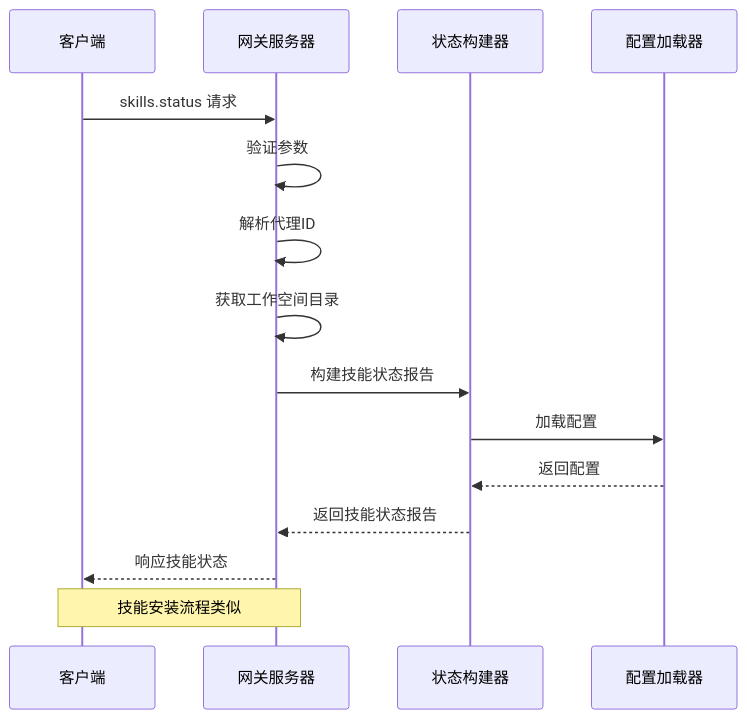
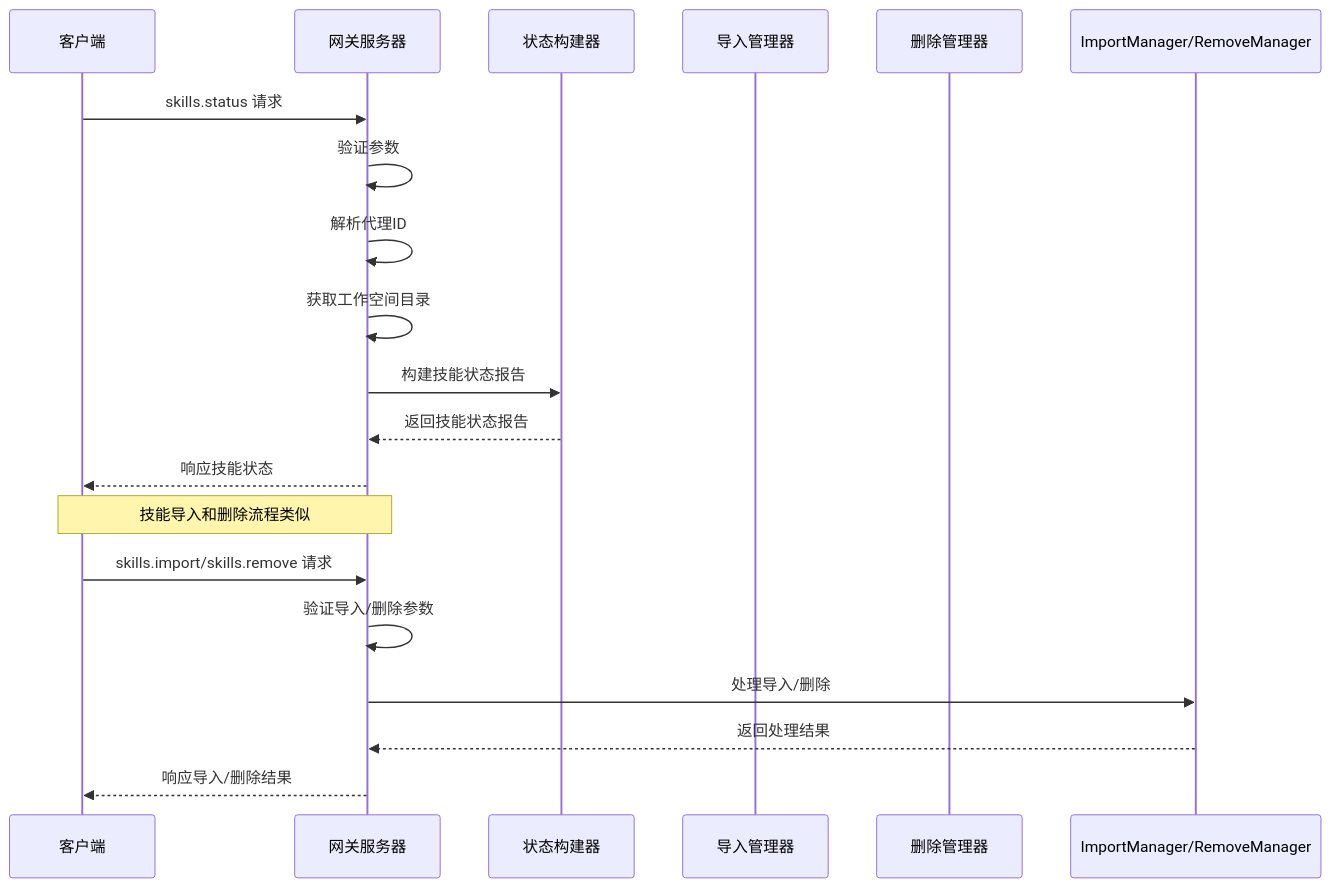
The fifth of 12 diagrams in .qoder/repowiki/zh/content/Web界面/UI组件系统/技能状态管理.md (verse-ai-org/openclaw), drawn with Mermaid before and after one commit. The commit also changed other lines of this file and 33 other files, not shown here.

````diff
--- a/.qoder/repowiki/zh/content/Web界面/UI组件系统/技能状态管理.md
+++ b/.qoder/repowiki/zh/content/Web界面/UI组件系统/技能状态管理.md
@@ -219,17 +276,21 @@
 ```mermaid
 sequenceDiagram
 participant Client as 客户端
 participant Gateway as 网关服务器
 participant StatusBuilder as 状态构建器
-participant ConfigLoader as 配置加载器
+participant ImportManager as 导入管理器
+participant RemoveManager as 删除管理器
 Client->>Gateway : skills.status 请求
 Gateway->>Gateway : 验证参数
 Gateway->>Gateway : 解析代理ID
 Gateway->>Gateway : 获取工作空间目录
 Gateway->>StatusBuilder : 构建技能状态报告
-StatusBuilder->>ConfigLoader : 加载配置
-ConfigLoader-->>StatusBuilder : 返回配置
 StatusBuilder-->>Gateway : 返回技能状态报告
 Gateway-->>Client : 响应技能状态
-Note over Client,Gateway : 技能安装流程类似
+Note over Client,Gateway : 技能导入和删除流程类似
+Client->>Gateway : skills.import/skills.remove 请求
+Gateway->>Gateway : 验证导入/删除参数
+Gateway->>ImportManager/RemoveManager : 处理导入/删除
+ImportManager/RemoveManager-->>Gateway : 返回处理结果
+Gateway-->>Client : 响应导入/删除结果
 ```
````
